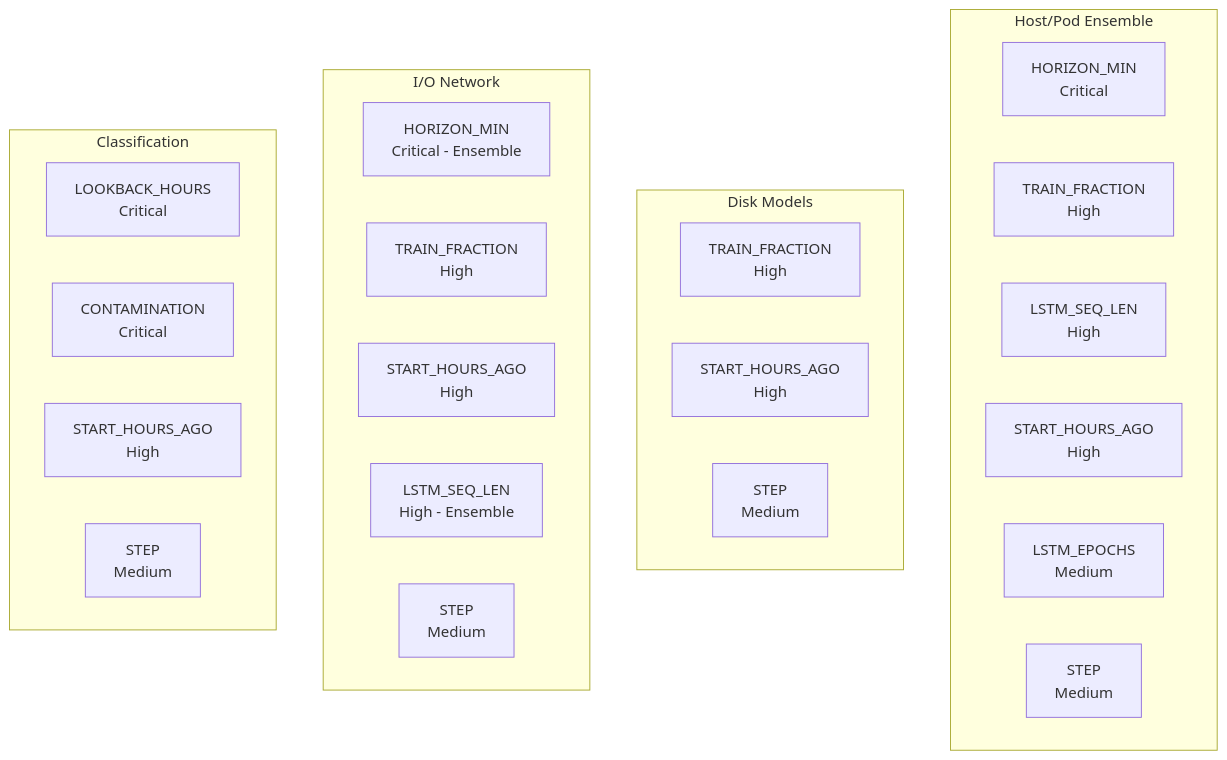
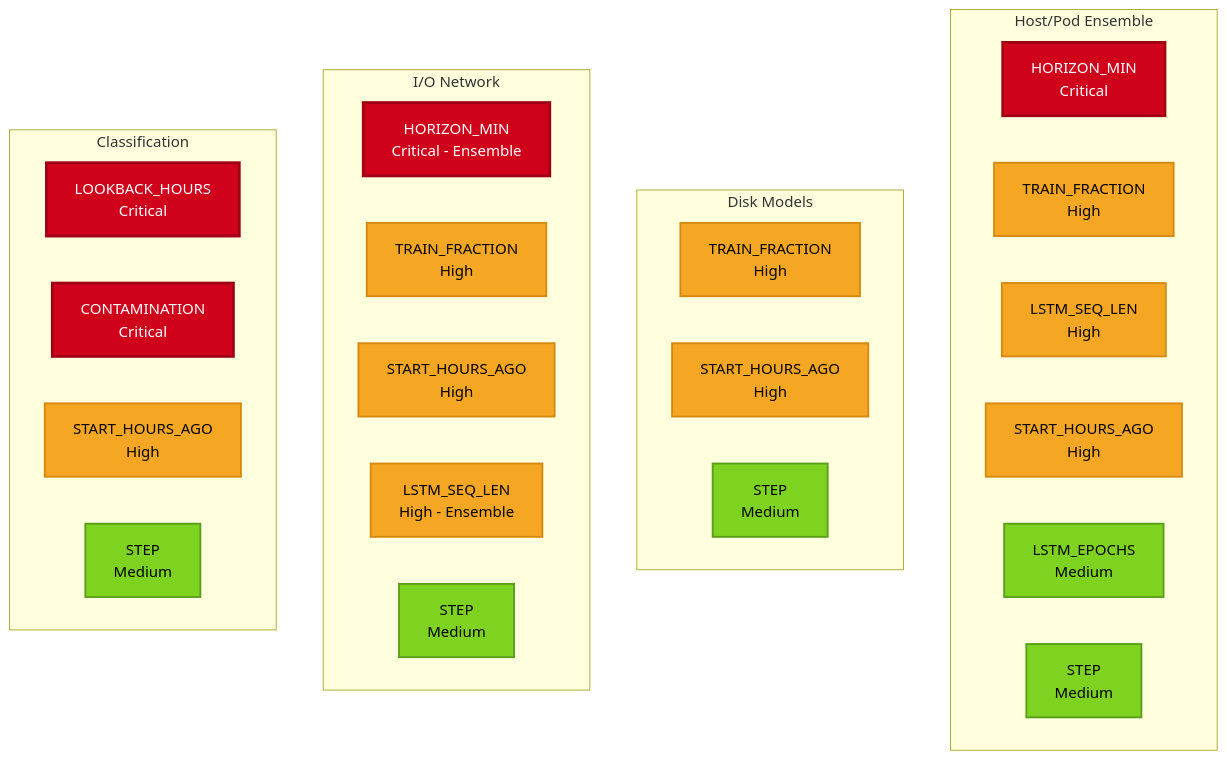
The tenth of 11 diagrams in Docs/VISUAL_ARCHITECTURE_GUIDE.md (k8sautom8/metrics-ml), drawn with Mermaid before and after one commit. The commit also changed other lines of this file, not shown here.

````diff
--- a/Docs/VISUAL_ARCHITECTURE_GUIDE.md
+++ b/Docs/VISUAL_ARCHITECTURE_GUIDE.md
@@ -469,32 +653,40 @@
 ```mermaid
 graph TD
     subgraph "Host/Pod Ensemble"
         HP1[HORIZON_MIN<br/>Critical]
         HP2[TRAIN_FRACTION<br/>High]
         HP3[LSTM_SEQ_LEN<br/>High]
         HP4[START_HOURS_AGO<br/>High]
         HP5[LSTM_EPOCHS<br/>Medium]
         HP6[STEP<br/>Medium]
     end
     
     subgraph "Disk Models"
         D1[TRAIN_FRACTION<br/>High]
         D2[START_HOURS_AGO<br/>High]
         D3[STEP<br/>Medium]
     end
     
     subgraph "I/O Network"
         IO1[HORIZON_MIN<br/>Critical - Ensemble]
         IO2[TRAIN_FRACTION<br/>High]
         IO3[START_HOURS_AGO<br/>High]
         IO4[LSTM_SEQ_LEN<br/>High - Ensemble]
         IO5[STEP<br/>Medium]
     end
     
     subgraph "Classification"
         C1[LOOKBACK_HOURS<br/>Critical]
         C2[CONTAMINATION<br/>Critical]
         C3[START_HOURS_AGO<br/>High]
         C4[STEP<br/>Medium]
     end
+    
+    classDef critical fill:#D0021B,stroke:#A00115,stroke-width:3px,color:#fff
+    classDef high fill:#F5A623,stroke:#D68910,stroke-width:2px,color:#000
+    classDef medium fill:#7ED321,stroke:#5A9F1A,stroke-width:2px,color:#000
+    
+    class HP1,IO1,C1,C2 critical
+    class HP2,HP3,HP4,D1,D2,IO2,IO3,IO4,C3 high
+    class HP5,HP6,D3,IO5,C4 medium
 ```
````
